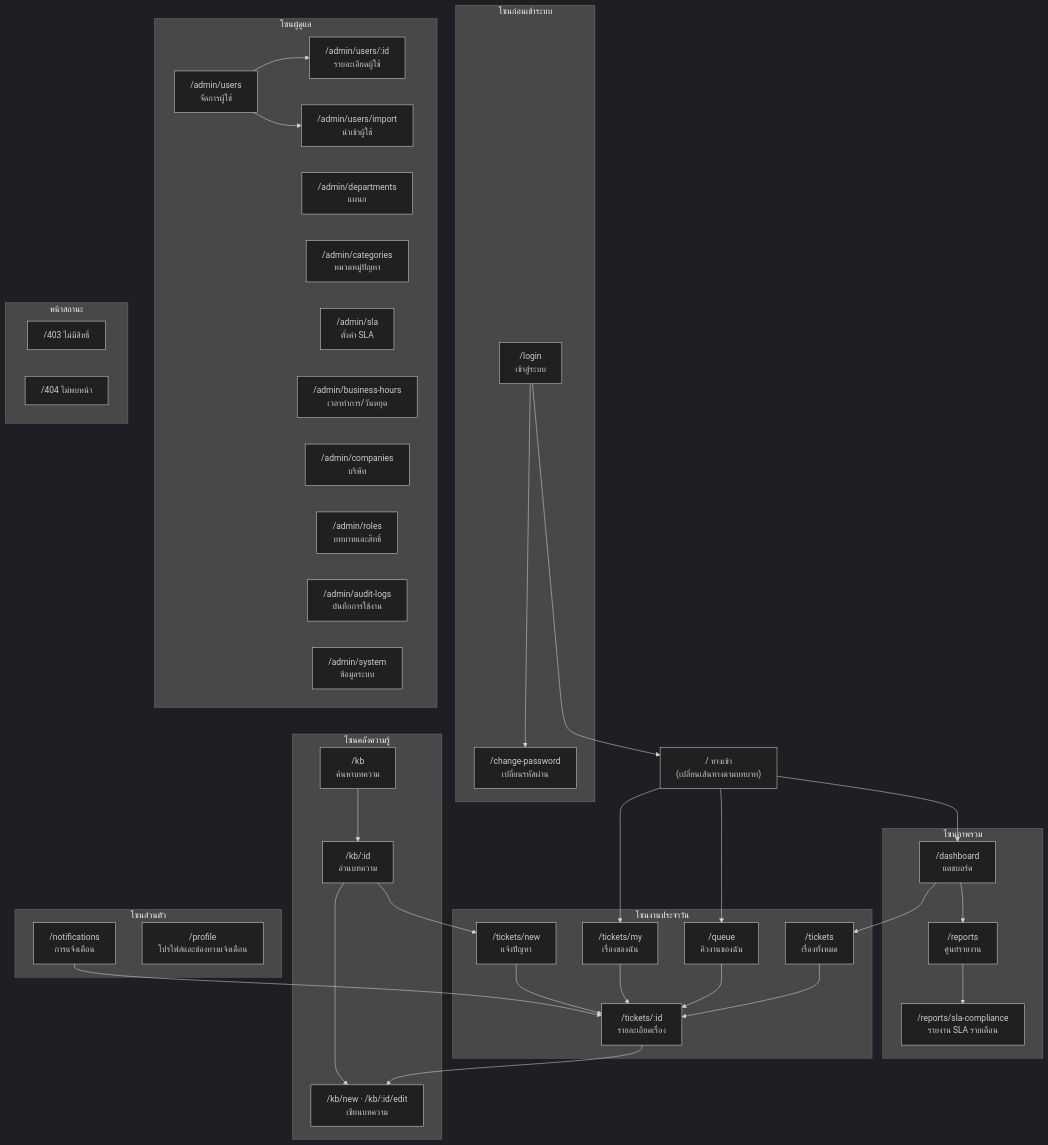
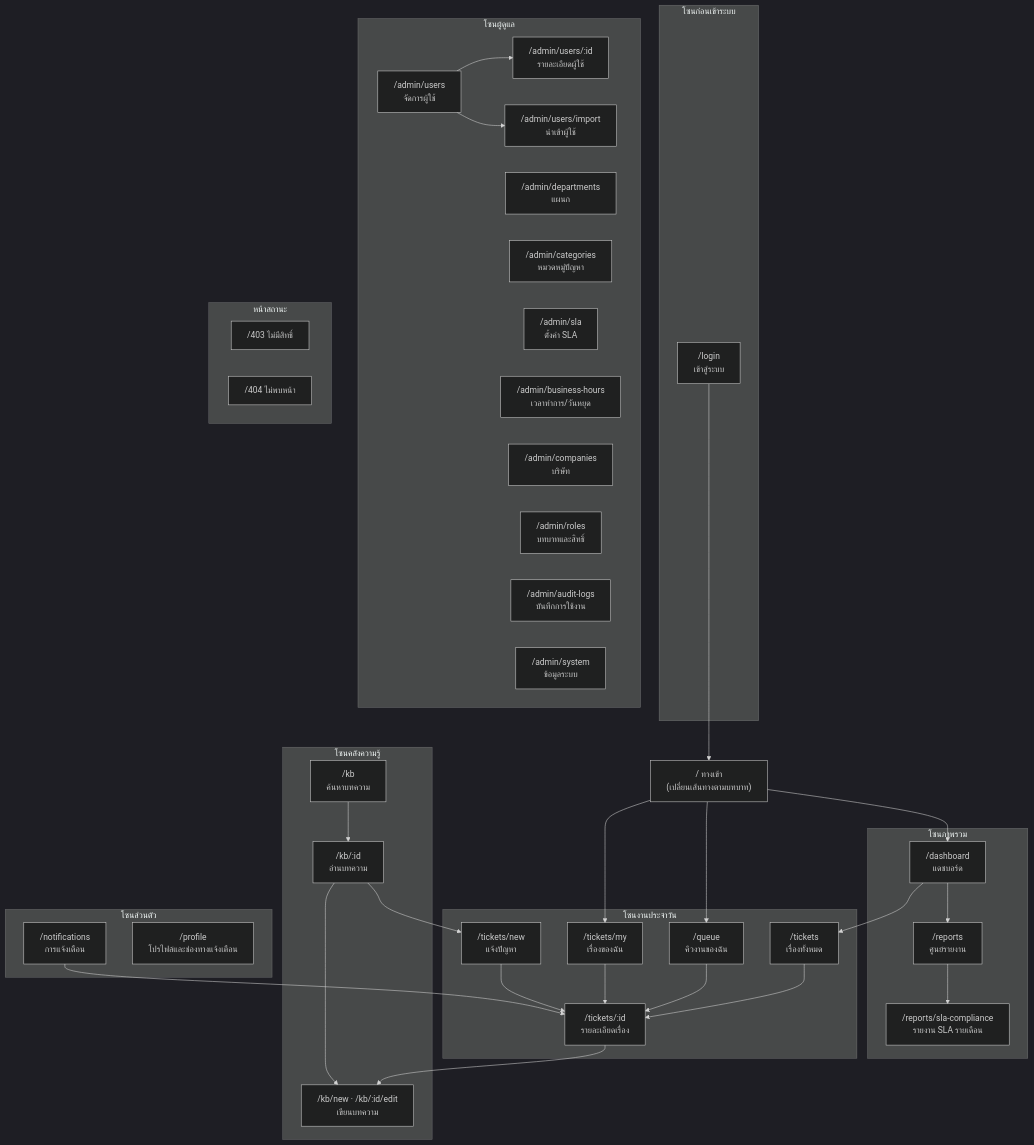
Before and after one commit to pradit2527/aidc-helpdesk: the first of 5 diagrams in docs/21-ui-ux-design.md, drawn with Mermaid (dark theme). The commit also changed other lines of this file and 14 other files, not shown here.

````diff
--- a/docs/21-ui-ux-design.md
+++ b/docs/21-ui-ux-design.md
@@ -28,74 +28,72 @@
 ```mermaid
 flowchart TD
     ROOT["/ ทางเข้า<br/>(เปลี่ยนเส้นทางตามบทบาท)"]
 
     subgraph AUTH["โซนก่อนเข้าระบบ"]
         LOGIN["/login<br/>เข้าสู่ระบบ"]
-        CHPWD["/change-password<br/>เปลี่ยนรหัสผ่าน"]
     end
 
     subgraph WORK["โซนงานประจำวัน"]
         NEW["/tickets/new<br/>แจ้งปัญหา"]
         MY["/tickets/my<br/>เรื่องของฉัน"]
         ALL["/tickets<br/>เรื่องทั้งหมด"]
         QUEUE["/queue<br/>คิวงานของฉัน"]
         DETAIL["/tickets/:id<br/>รายละเอียดเรื่อง"]
     end
 
     subgraph INSIGHT["โซนภาพรวม"]
         DASH["/dashboard<br/>แดชบอร์ด"]
         REPORTS["/reports<br/>ศูนย์รายงาน"]
         SLAREP["/reports/sla-compliance<br/>รายงาน SLA รายเดือน"]
     end
 
     subgraph KB["โซนคลังความรู้"]
         KBLIST["/kb<br/>ค้นหาบทความ"]
         KBVIEW["/kb/:id<br/>อ่านบทความ"]
         KBEDIT["/kb/new · /kb/:id/edit<br/>เขียนบทความ"]
     end
 
     subgraph PERSONAL["โซนส่วนตัว"]
         NOTIF["/notifications<br/>การแจ้งเตือน"]
         PROFILE["/profile<br/>โปรไฟล์และช่องทางแจ้งเตือน"]
     end
 
     subgraph ADMIN["โซนผู้ดูแล"]
         USERS["/admin/users<br/>จัดการผู้ใช้"]
         USERDETAIL["/admin/users/:id<br/>รายละเอียดผู้ใช้"]
         IMPORT["/admin/users/import<br/>นำเข้าผู้ใช้"]
         DEPT["/admin/departments<br/>แผนก"]
         CAT["/admin/categories<br/>หมวดหมู่ปัญหา"]
         SLA["/admin/sla<br/>ตั้งค่า SLA"]
         BH["/admin/business-hours<br/>เวลาทำการ/วันหยุด"]
         COMP["/admin/companies<br/>บริษัท"]
         ROLES["/admin/roles<br/>บทบาทและสิทธิ์"]
         AUDIT["/admin/audit-logs<br/>บันทึกการใช้งาน"]
         SYS["/admin/system<br/>ข้อมูลระบบ"]
     end
 
     subgraph STATUS["หน้าสถานะ"]
         E403["/403 ไม่มีสิทธิ์"]
         E404["/404 ไม่พบหน้า"]
     end
 
-    LOGIN --> CHPWD
     LOGIN --> ROOT
     ROOT --> MY
     ROOT --> QUEUE
     ROOT --> DASH
 
     MY --> DETAIL
     ALL --> DETAIL
     QUEUE --> DETAIL
     NEW --> DETAIL
     KBLIST --> KBVIEW
     KBVIEW --> KBEDIT
     DETAIL --> KBEDIT
     KBVIEW --> NEW
     DASH --> ALL
     DASH --> REPORTS
     REPORTS --> SLAREP
     NOTIF --> DETAIL
     USERS --> USERDETAIL
     USERS --> IMPORT
 ```
````
